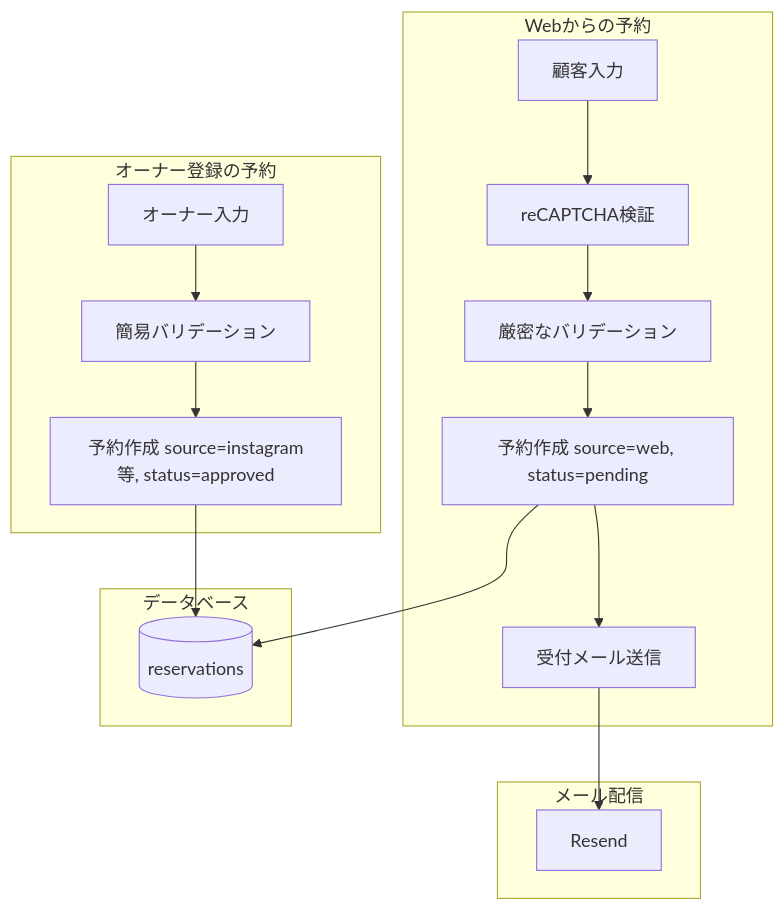
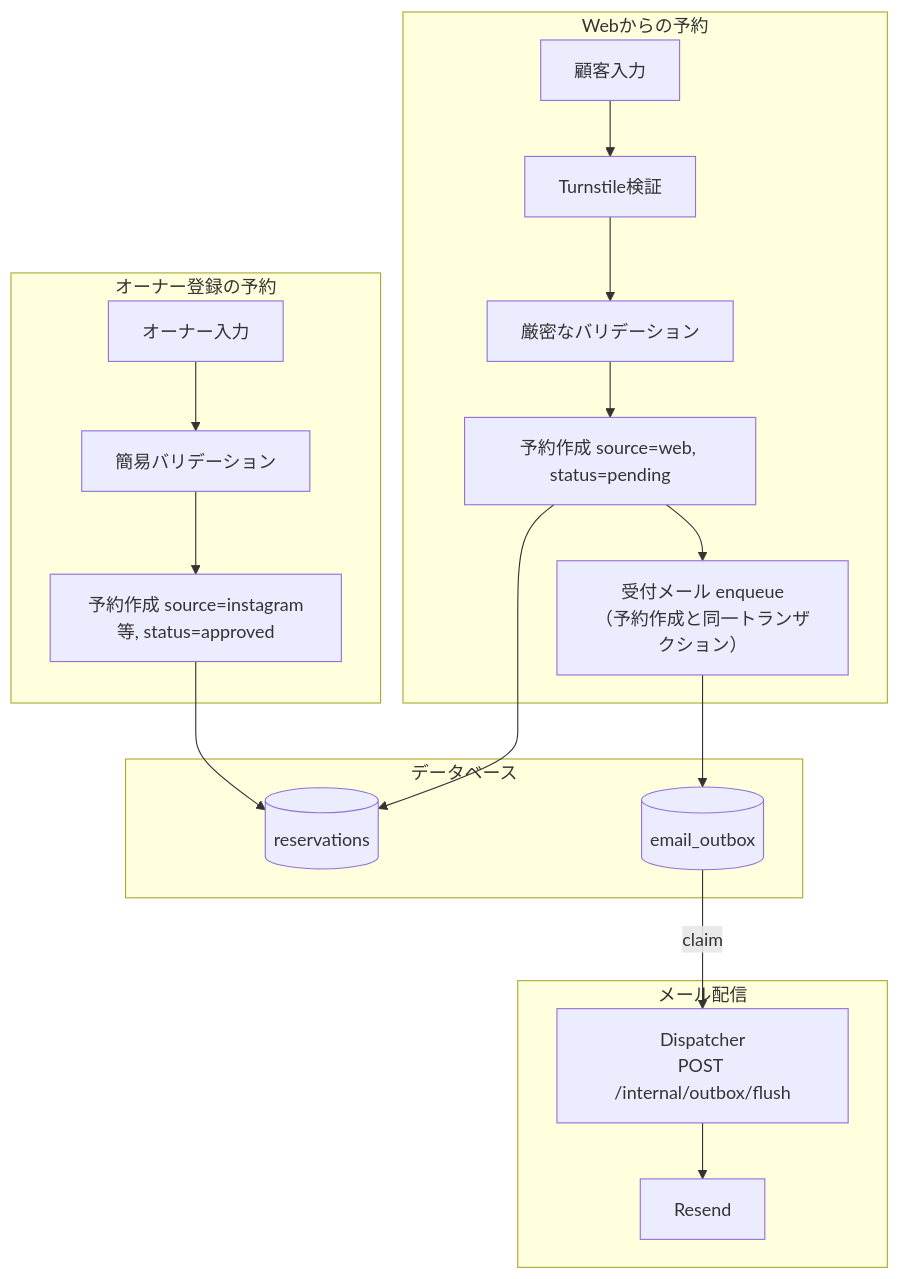
The ninth of 10 diagrams in docs/data_flow.md (cergijame101007/satehits), drawn with Mermaid before and after one commit. The commit also changed other lines of this file and 3 other files, not shown here.

````diff
--- a/docs/data_flow.md
+++ b/docs/data_flow.md
@@ -254,28 +350,31 @@
 ```mermaid
 flowchart TB
     subgraph WebReservation[Webからの予約]
         WebInput[顧客入力]
-        ReCaptcha[reCAPTCHA検証]
+        Turnstile[Turnstile検証]
         WebValidation[厳密なバリデーション]
         WebCreate[予約作成 source=web, status=pending]
-        WebMail[受付メール送信]
+        WebMail[受付メール enqueue<br/>（予約作成と同一トランザクション）]
     end
 
     subgraph AdminReservation[オーナー登録の予約]
         AdminInput[オーナー入力]
         AdminValidation[簡易バリデーション]
         AdminCreate[予約作成 source=instagram等, status=approved]
     end
 
     subgraph DB[データベース]
         ReservationsTable[(reservations)]
+        OutboxTable[(email_outbox)]
     end
 
     subgraph MailService[メール配信]
+        Dispatcher[Dispatcher<br/>POST /internal/outbox/flush]
         Resend[Resend]
     end
 
-    WebInput --> ReCaptcha --> WebValidation --> WebCreate --> ReservationsTable
-    WebCreate --> WebMail --> Resend
+    WebInput --> Turnstile --> WebValidation --> WebCreate --> ReservationsTable
+    WebCreate --> WebMail --> OutboxTable
+    OutboxTable -->|claim| Dispatcher --> Resend
     AdminInput --> AdminValidation --> AdminCreate --> ReservationsTable
 ```
````
